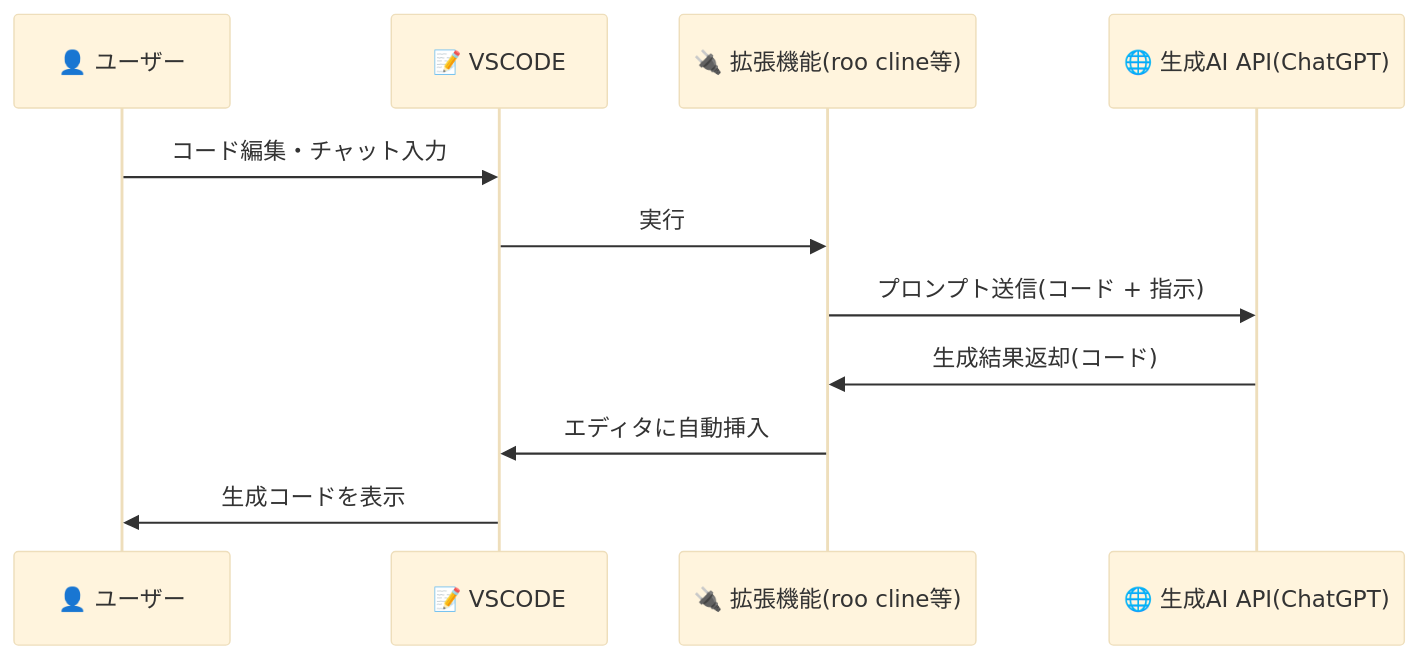
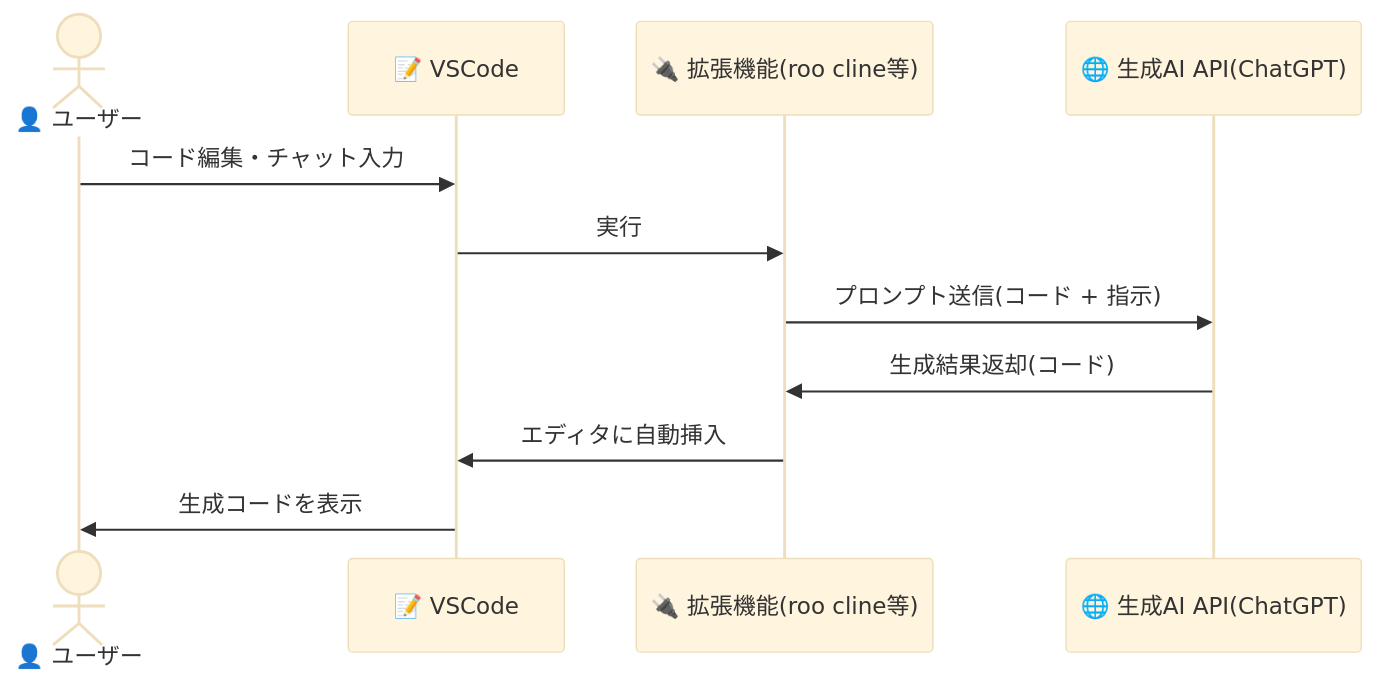
The first of 3 diagrams in vscode-handson-slides.md (sheet00/haagen-dazs-hands-on-03-slide), drawn with Mermaid (base theme) before and after one commit. The commit also changed other lines of this file, not shown here.

```diff
--- a/vscode-handson-slides.md
+++ b/vscode-handson-slides.md
@@ -294,14 +294,14 @@
 <pre class="mermaid">
 sequenceDiagram
-    participant User as 👤 ユーザー
-    participant VSCode as 📝 VSCODE
+    actor User as 👤 ユーザー
+    participant VSCode as 📝 VSCode
     participant Plugin as 🔌 拡張機能(roo cline等)
     participant API as 🌐 生成AI API(ChatGPT)
 
     User->>VSCode: コード編集・チャット入力
     VSCode->>Plugin: 実行
     Plugin->>API: プロンプト送信(コード + 指示)
     API->>Plugin: 生成結果返却(コード)
     Plugin->>VSCode: エディタに自動挿入
     VSCode->>User: 生成コードを表示
 </pre>
```
